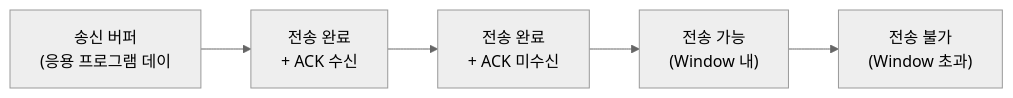
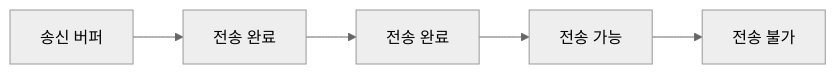
The third of 6 diagrams in _posts/network/2026-05-03-tcp-udp-deep.md (yjkim2015/yjkim2015.github.io), drawn with Mermaid (neutral theme) before and after one commit. The commit also changed other lines of this file and 217 other files, not shown here.

First line of the commit message:
Mermaid 크기 수정: useMaxWidth:true + SVG max-width:100% + 라벨 축소

````diff
--- a/_posts/network/2026-05-03-tcp-udp-deep.md
+++ b/_posts/network/2026-05-03-tcp-udp-deep.md
@@ -150,12 +150,12 @@
 ```mermaid
 graph LR
-    A["송신 버퍼\n(응용 프로그램 데이"]
-    B["전송 완료\n+ ACK 수신"]
-    C["전송 완료\n+ ACK 미수신"]
-    D["전송 가능\n(Window 내)"]
-    E["전송 불가\n(Window 초과)"]
+    A["송신 버퍼"]
+    B["전송 완료"]
+    C["전송 완료"]
+    D["전송 가능"]
+    E["전송 불가"]
     A --> B
     B --> C
     C --> D
     D --> E
 ```
````
